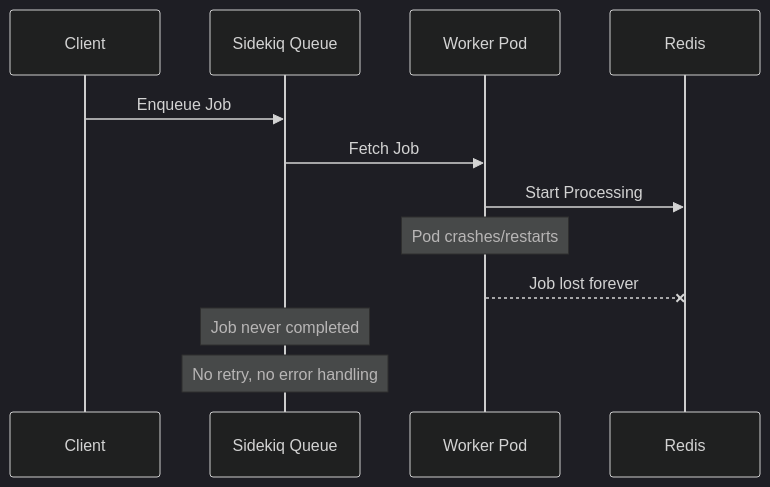
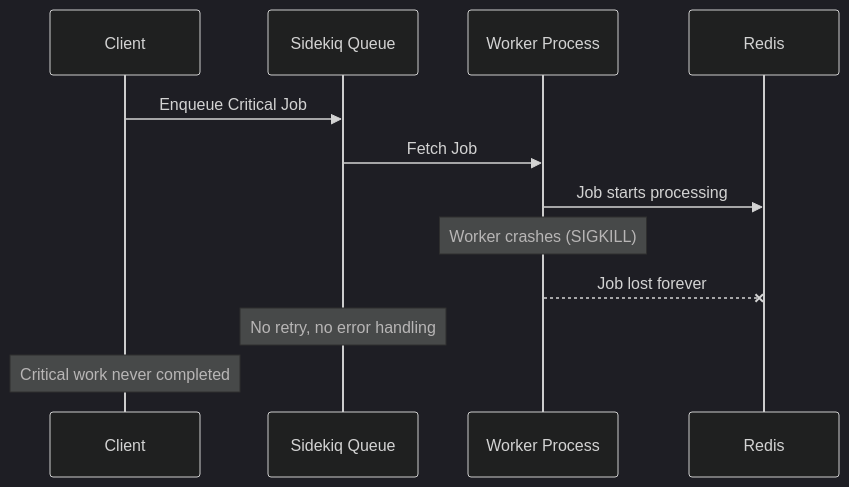
One commit to ItsManikantaGopi/sidekiq-processing-tracker changed the first of 2 diagrams in README.md. Above: the diagram before and after it, drawn with Mermaid (dark theme). The commit also changed other lines of this file and 30 other files, not shown here.

````diff
--- a/README.md
+++ b/README.md
@@ -22,15 +30,15 @@
 ```mermaid
 sequenceDiagram
     participant Client
     participant Queue as Sidekiq Queue
-    participant Worker as Worker Pod
+    participant Worker as Worker Process
     participant Redis
 
-    Client->>Queue: Enqueue Job
+    Client->>Queue: Enqueue Critical Job
     Queue->>Worker: Fetch Job
-    Worker->>Redis: Start Processing
-    Note over Worker: Pod crashes/restarts
+    Worker->>Redis: Job starts processing
+    Note over Worker: Worker crashes (SIGKILL)
     Worker--xRedis: Job lost forever
-    Note over Queue: Job never completed
     Note over Queue: No retry, no error handling
+    Note over Client: Critical work never completed
 ```
````
